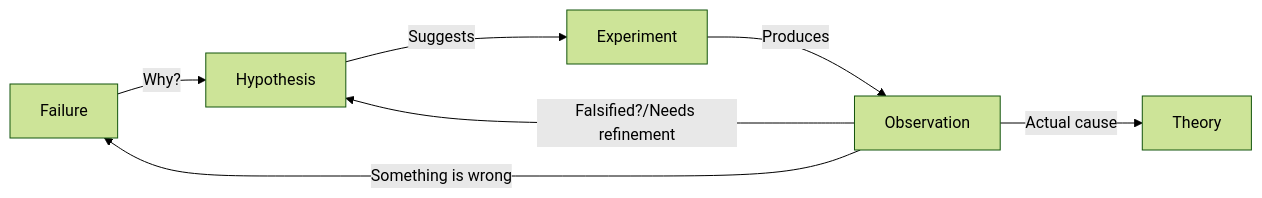
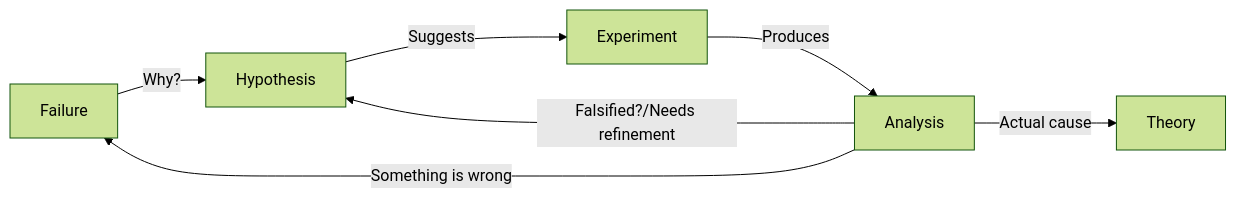
Before and after one commit to grierson/grierson: the first of 2 diagrams in debugging.md, drawn with Mermaid (forest theme). The commit also changed other lines of this file and 4 other files, not shown here.

````diff
--- a/debugging.md
+++ b/debugging.md
@@ -13,9 +13,9 @@
 ```mermaid
 flowchart LR
     Failure -->|Why?| Hypothesis
     Hypothesis -->|Suggests| Experiment
-    Experiment -->|Produces| Observation
-    Observation -->|Falsified?/Needs refinement| Hypothesis
-    Observation -->|Something is wrong| Failure
-    Observation -->|Actual cause| Theory
+    Experiment -->|Produces| Analysis
+    Analysis -->|Falsified?/Needs refinement| Hypothesis
+    Analysis -->|Something is wrong| Failure
+    Analysis -->|Actual cause| Theory
 ```
````
